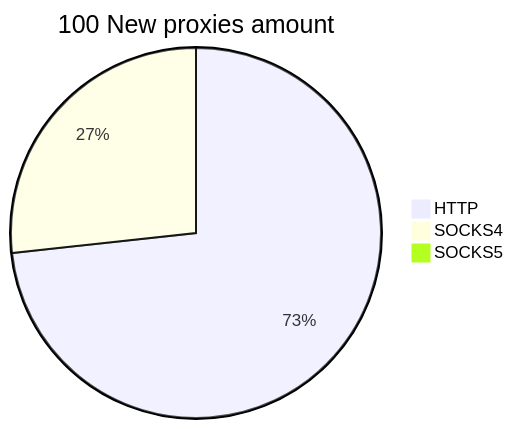
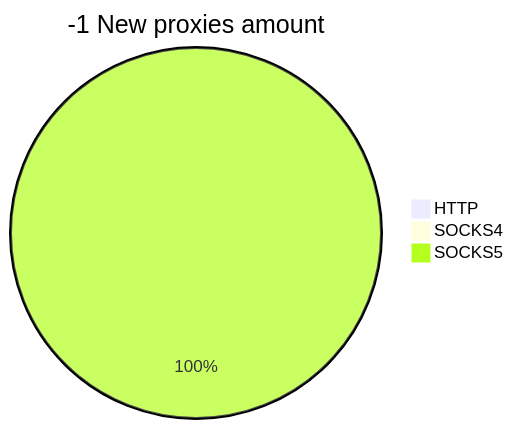
The second of 2 diagrams in README.md (cutipu/proxylist), drawn with Mermaid before and after one commit. The commit also changed other lines of this file, not shown here.

````diff
--- a/README.md
+++ b/README.md
@@ -10,6 +10,6 @@
 ```mermaid
-pie title 100 New proxies amount
-    "HTTP" : 74
-    "SOCKS4" : 27
-    "SOCKS5" : 0
+pie title -1 New proxies amount
+    "HTTP" : 0
+    "SOCKS4" : 0
+    "SOCKS5" : 3
 ```
````
